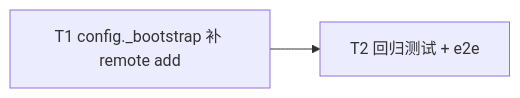
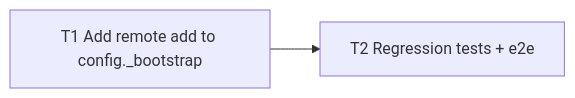
The diagram in docs/specs/0033-init-remote-add-origin.md (Curry09/OpenAgents), drawn with Mermaid before and after one commit. The commit also changed other lines of this file and 461 other files, not shown here.

````diff
--- a/docs/specs/0033-init-remote-add-origin.md
+++ b/docs/specs/0033-init-remote-add-origin.md
@@ -130,4 +130,4 @@
 ```mermaid
 graph LR
-    T1[T1 config._bootstrap 补 remote add] --> T2[T2 回归测试 + e2e]
+    T1[T1 Add remote add to config._bootstrap] --> T2[T2 Regression tests + e2e]
 ```
````
